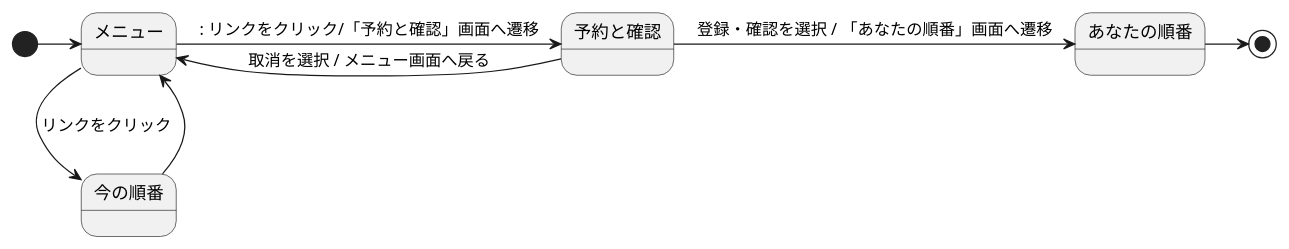
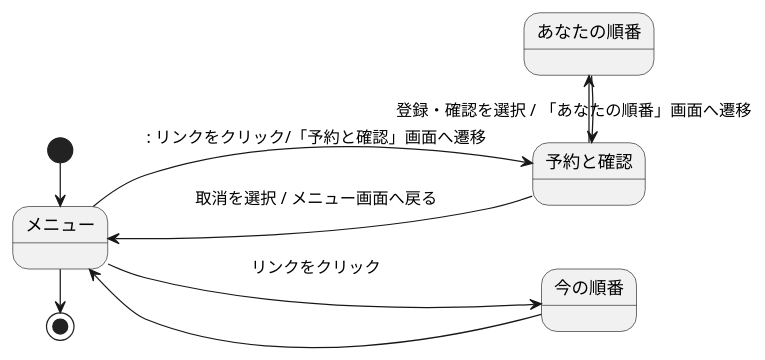
The diagram in 演習6-3_ステートマシン図_診察予約システム.pu (orenouserNamehaKawamura1/uml-introduction), drawn with PlantUML before and after one commit. The commit also changed 1 other file, not shown here.

```diff
--- a/演習6-3_ステートマシン図_診察予約システム.pu
+++ b/演習6-3_ステートマシン図_診察予約システム.pu
@@ -1,9 +1,12 @@
 @startuml
+left to right direction
 [*] -> メニュー
-メニュー -> 予約と確認 : : リンクをクリック/「予約と確認」画面へ遷移
+メニュー -down-> 予約と確認 : : リンクをクリック/「予約と確認」画面へ遷移
+予約と確認 -> あなたの順番 : 登録・確認を選択 / 「あなたの順番」画面へ遷移
+あなたの順番 -> 予約と確認
+予約と確認 -up-> メニュー : 取消を選択 / メニュー画面へ戻る
+' あなたの順番 -> メニュー
 メニュー -down-> 今の順番 : リンクをクリック
-予約と確認 -> あなたの順番 : 登録・確認を選択 / 「あなたの順番」画面へ遷移
-予約と確認 -> メニュー : 取消を選択 / メニュー画面へ戻る
 今の順番 -> メニュー
-あなたの順番 -> [*]
+メニュー -> [*]
 @enduml
```
